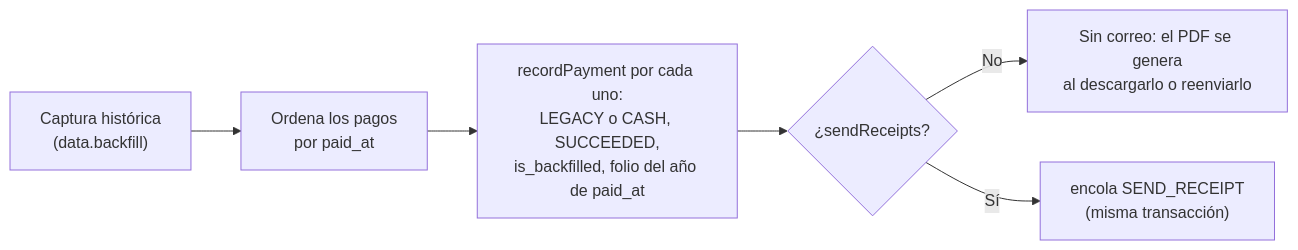
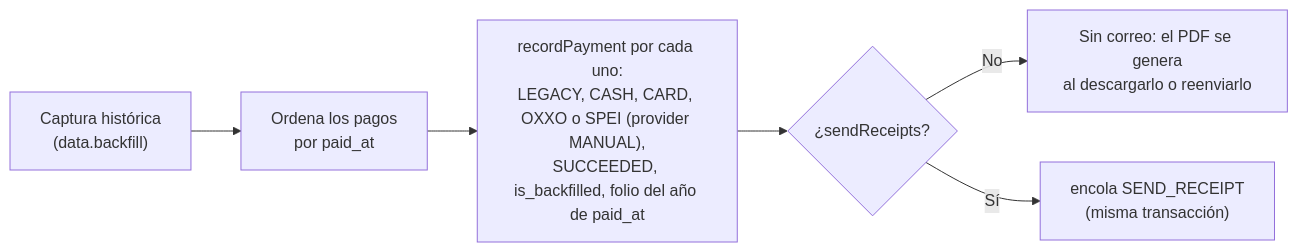
One commit to erickgs2/ruta_mochilera changed the fourth of 12 diagrams in docs/diagrams/payment-flow.md. Above: the diagram before and after it, drawn with Mermaid. The commit also changed other lines of this file and 2 other files, not shown here.

First line of the commit message:
docs: complete payment-flow and trip-reservation for phase 2b

````diff
--- a/docs/diagrams/payment-flow.md
+++ b/docs/diagrams/payment-flow.md
@@ -112,8 +112,8 @@
 ```mermaid
 flowchart LR
     A["Captura histórica<br/>(data.backfill)"] --> B["Ordena los pagos<br/>por paid_at"]
-    B --> C["recordPayment por cada uno:<br/>LEGACY o CASH, SUCCEEDED,<br/>is_backfilled, folio del año de paid_at"]
+    B --> C["recordPayment por cada uno:<br/>LEGACY, CASH, CARD, OXXO o SPEI (provider MANUAL),<br/>SUCCEEDED, is_backfilled, folio del año de paid_at"]
     C --> D{"¿sendReceipts?"}
     D -- No --> E["Sin correo: el PDF se genera<br/>al descargarlo o reenviarlo"]
     D -- Sí --> F["encola SEND_RECEIPT<br/>(misma transacción)"]
 ```
````
